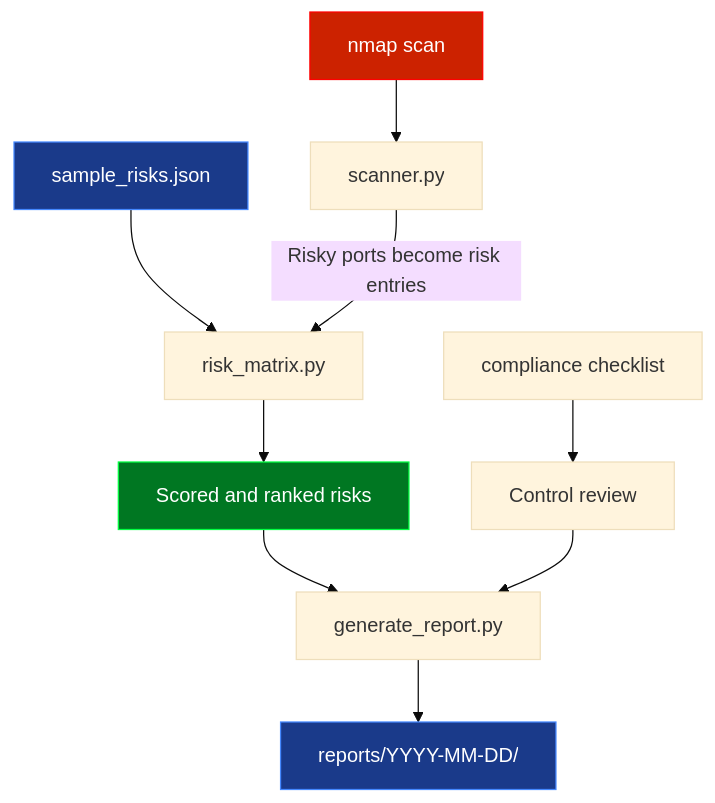
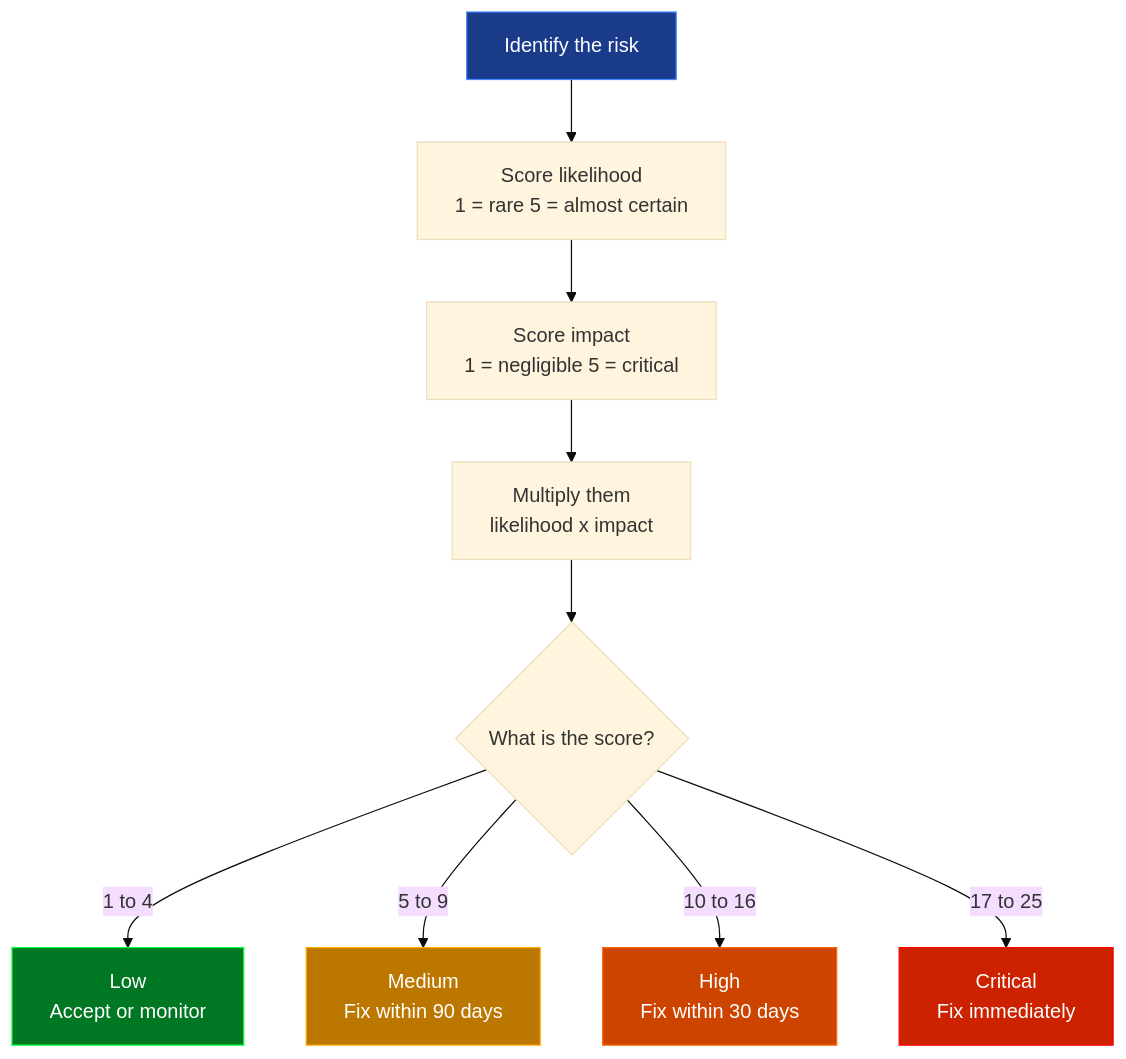
Before and after one commit to Speed-boo3/grc-project: the second of 5 diagrams in README.md, drawn with Mermaid (base theme). The commit also changed other lines of this file, not shown here.

````diff
--- a/README.md
+++ b/README.md
@@ -79,16 +97,17 @@
 ```mermaid
 flowchart TD
-    A[sample_risks.json] --> B[risk_matrix.py]
-    C[nmap scan] --> D[scanner.py]
-    D -->|Risky ports become risk entries| B
-    B --> E[Scored and ranked risks]
-    F[compliance checklist] --> G[Control review]
-    E --> H[generate_report.py]
-    G --> H
-    H --> I[reports/YYYY-MM-DD/]
+    A[Identify the risk] --> B[Score likelihood\n1 = rare  5 = almost certain]
+    B --> C[Score impact\n1 = negligible  5 = critical]
+    C --> D[Multiply them\nlikelihood x impact]
+    D --> E{What is the score?}
+    E -->|1 to 4| F[Low\nAccept or monitor]
+    E -->|5 to 9| G[Medium\nFix within 90 days]
+    E -->|10 to 16| H[High\nFix within 30 days]
+    E -->|17 to 25| I[Critical\nFix immediately]
 
+    style F fill:#007722,stroke:#00ff41,color:#ffffff
+    style G fill:#bb7700,stroke:#ffaa00,color:#ffffff
+    style H fill:#cc4400,stroke:#ff6600,color:#ffffff
+    style I fill:#cc2200,stroke:#ff0000,color:#ffffff
     style A fill:#1a3a8a,stroke:#4488ff,color:#ffffff
-    style C fill:#cc2200,stroke:#ff0000,color:#ffffff
-    style E fill:#007722,stroke:#00ff41,color:#ffffff
-    style I fill:#1a3a8a,stroke:#4488ff,color:#ffffff
 ```
````
